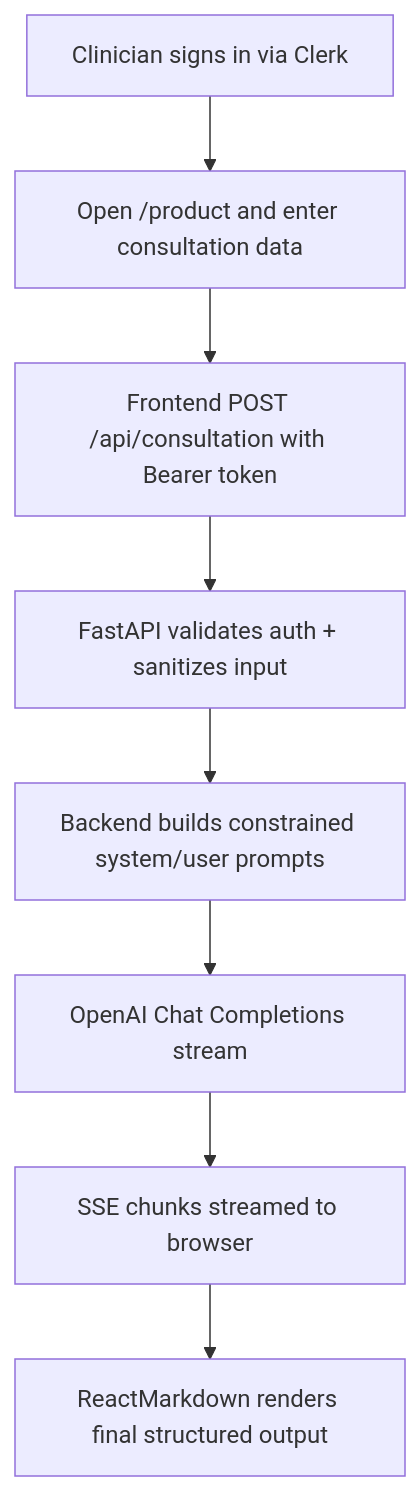
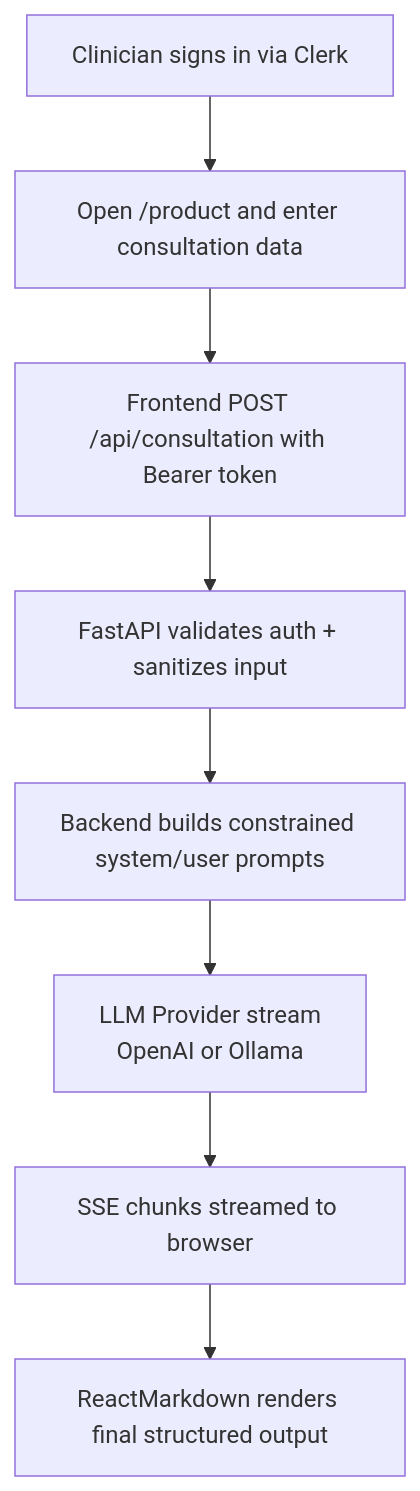
One commit to bkane56/consultationAI changed the first of 2 diagrams in README.md. Above: the diagram before and after it, drawn with Mermaid. The commit also changed other lines of this file and 6 other files, not shown here.

Commit message:
feat: add Ollama provider integration updates

````diff
--- a/README.md
+++ b/README.md
@@ -15,10 +15,10 @@
 ```mermaid
 flowchart TD
     A[Clinician signs in via Clerk] --> B[Open /product and enter consultation data]
     B --> C[Frontend POST /api/consultation with Bearer token]
     C --> D[FastAPI validates auth + sanitizes input]
     D --> E[Backend builds constrained system/user prompts]
-    E --> F[OpenAI Chat Completions stream]
+    E --> F[LLM Provider stream \n OpenAI or Ollama]
     F --> G[SSE chunks streamed to browser]
     G --> H[ReactMarkdown renders final structured output]
 ```
````
